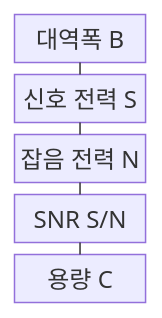
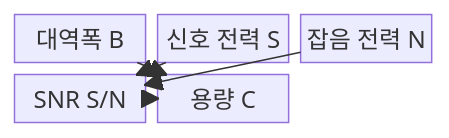
One commit to agnusdei1207/knowledge-base changed the first of 2 diagrams in src/content/docs/notes/04-network/065_shannon_channel_capacity.md. Above: the diagram before and after it, drawn with Mermaid. The commit also changed other lines of this file and 20 other files, not shown here.

````diff
--- a/src/content/docs/notes/04-network/065_shannon_channel_capacity.md
+++ b/src/content/docs/notes/04-network/065_shannon_channel_capacity.md
@@ -62,13 +65,13 @@
 ```mermaid
 block-beta
-    columns 1
+    columns 3
     A["대역폭 B"]
     B["신호 전력 S"]
     C["잡음 전력 N"]
     D["SNR S/N"]
     E["용량 C"]
-    A --- B
-    B --- C
-    C --- D
-    D --- E
+    B --> D
+    C --> D
+    A --> E
+    D --> E
 ```
````
